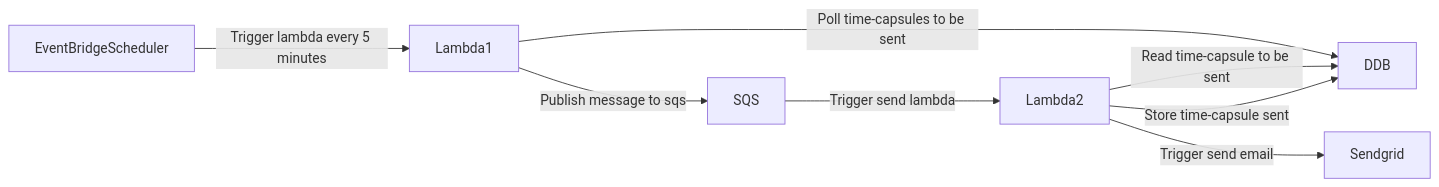
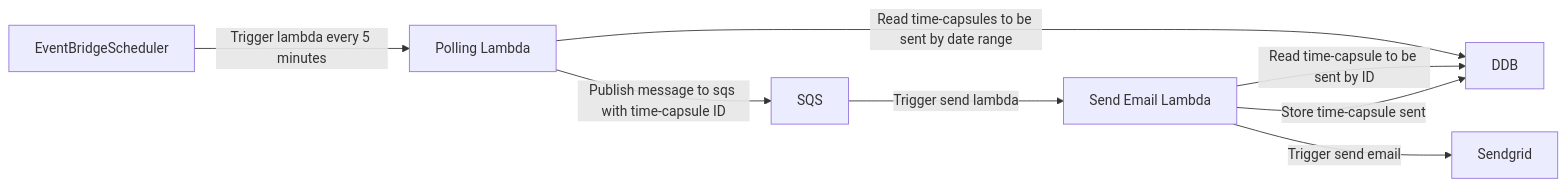
The third of 3 diagrams in docs/specifications.md (GautierBlandin/time-capsule), drawn with Mermaid before and after one commit. The commit also changed other lines of this file, not shown here.

Commit message:
docs: improvement architecture diagrams

````diff
--- a/docs/specifications.md
+++ b/docs/specifications.md
@@ -41,10 +42,10 @@
 ```mermaid
 flowchart LR
     EventBridgeScheduler --Trigger lambda every 5 minutes-->Lambda1
-    Lambda1 --Poll time-capsules to be sent--> DDB
-    Lambda1 --Publish message to sqs--> SQS
+    Lambda1[Polling Lambda] --Read time-capsules to be sent by date range--> DDB
+    Lambda1 --Publish message to sqs with time-capsule ID--> SQS
     SQS --Trigger send lambda--> Lambda2
-    Lambda2 --Read time-capsule to be sent--> DDB
+    Lambda2[Send Email Lambda] --Read time-capsule to be sent by ID--> DDB
     Lambda2 --Trigger send email--> Sendgrid[Sendgrid]
     Lambda2 --Store time-capsule sent--> DDB
 ```
````
